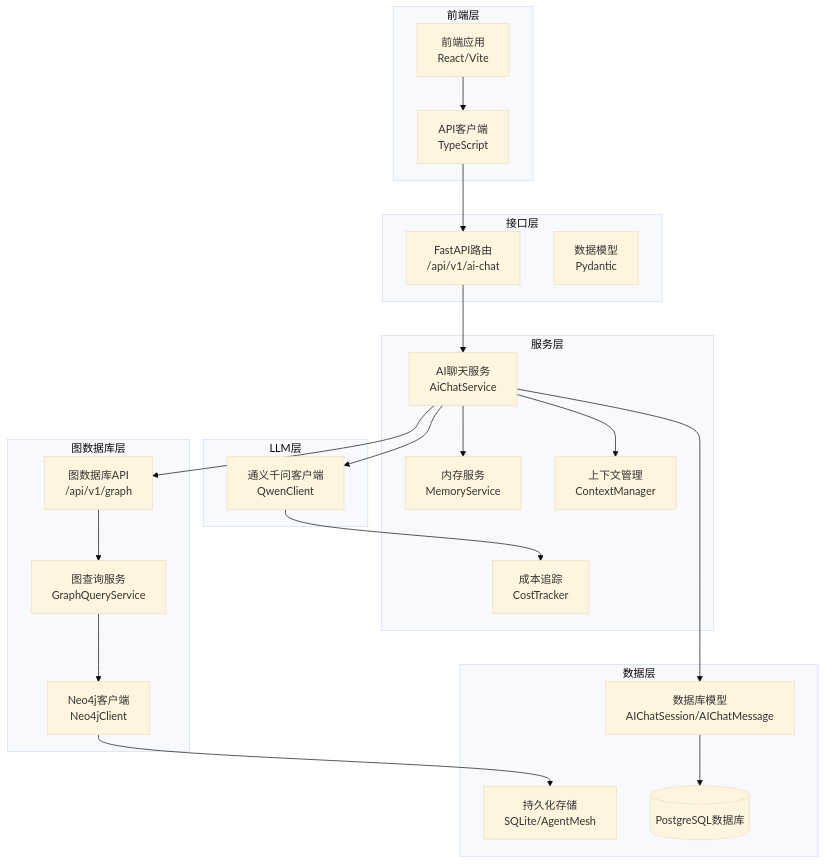
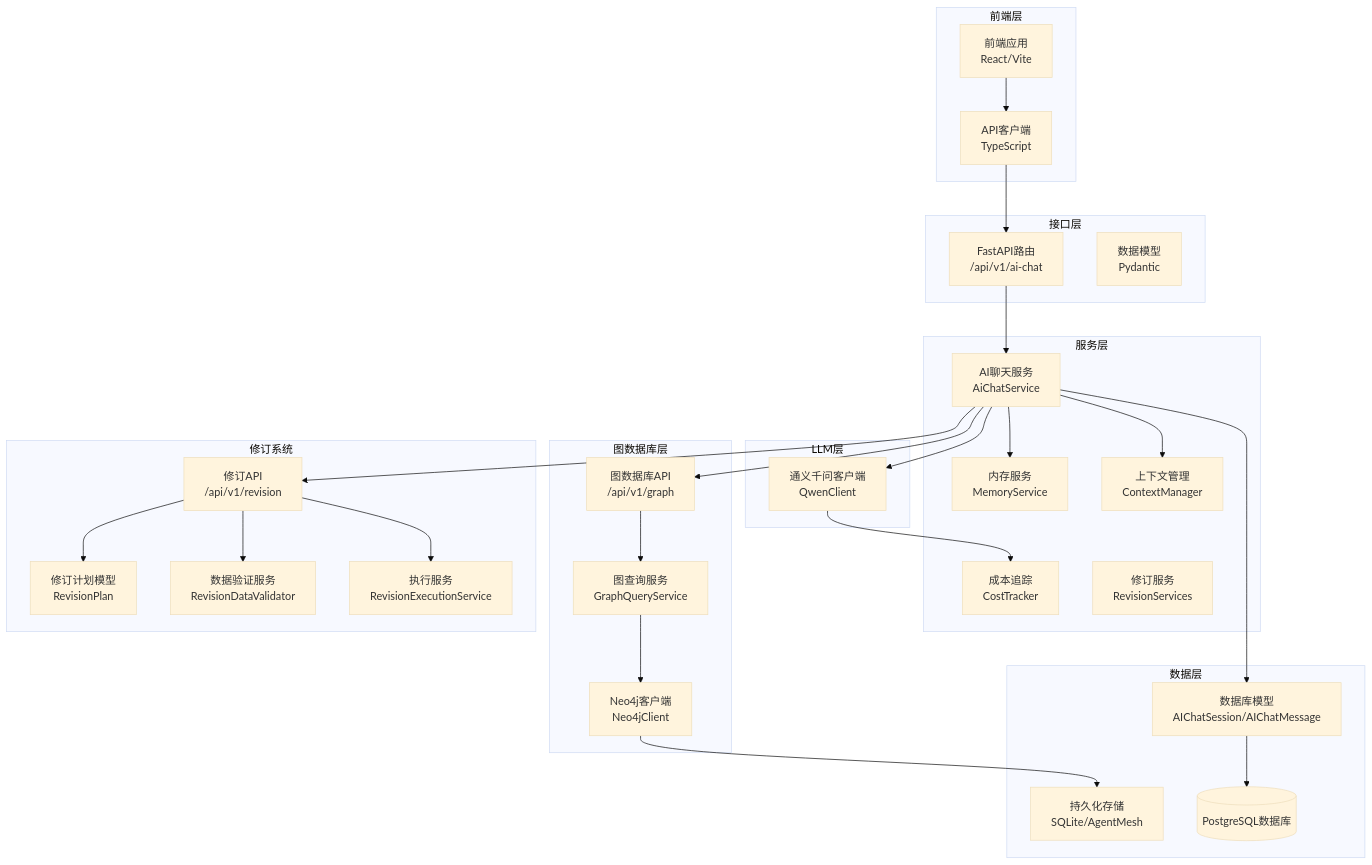
The first of 30 diagrams in .qoder/repowiki/zh/content/Ai Chat Service.md (xfbyxq/ai-novel-system), drawn with Mermaid (base theme) before and after one commit. The commit also changed other lines of this file and 8 other files, not shown here.

````diff
--- a/.qoder/repowiki/zh/content/Ai Chat Service.md
+++ b/.qoder/repowiki/zh/content/Ai Chat Service.md
@@ -56,43 +63,54 @@
 ```mermaid
 graph TB
 subgraph "前端层"
 FE[前端应用<br/>React/Vite]
 API[API客户端<br/>TypeScript]
 end
 subgraph "接口层"
 Router[FastAPI路由<br/>/api/v1/ai-chat]
 Schemas[数据模型<br/>Pydantic]
 end
 subgraph "服务层"
 Service[AI聊天服务<br/>AiChatService]
 Memory[内存服务<br/>MemoryService]
 Context[上下文管理<br/>ContextManager]
 Cost[成本追踪<br/>CostTracker]
+Revision[修订服务<br/>RevisionServices]
 end
 subgraph "图数据库层"
 GraphAPI[图数据库API<br/>/api/v1/graph]
 GraphService[图查询服务<br/>GraphQueryService]
 Neo4j[Neo4j客户端<br/>Neo4jClient]
 end
 subgraph "LLM层"
 Qwen[通义千问客户端<br/>QwenClient]
 end
 subgraph "数据层"
 Models[数据库模型<br/>AIChatSession/AIChatMessage]
 Persist[持久化存储<br/>SQLite/AgentMesh]
 DB[(PostgreSQL数据库)]
 end
+subgraph "修订系统"
+RevisionAPI[修订API<br/>/api/v1/revision]
+RevisionPlan[修订计划模型<br/>RevisionPlan]
+Validator[数据验证服务<br/>RevisionDataValidator]
+Executor[执行服务<br/>RevisionExecutionService]
+end
 FE --> API
 API --> Router
 Router --> Service
 Service --> Memory
 Service --> Context
 Service --> Qwen
 Service --> Models
 Service --> GraphAPI
 GraphAPI --> GraphService
 GraphService --> Neo4j
 Neo4j --> Persist
 Models --> DB
 Qwen --> Cost
+Service --> RevisionAPI
+RevisionAPI --> RevisionPlan
+RevisionAPI --> Validator
+RevisionAPI --> Executor
 ```
````
